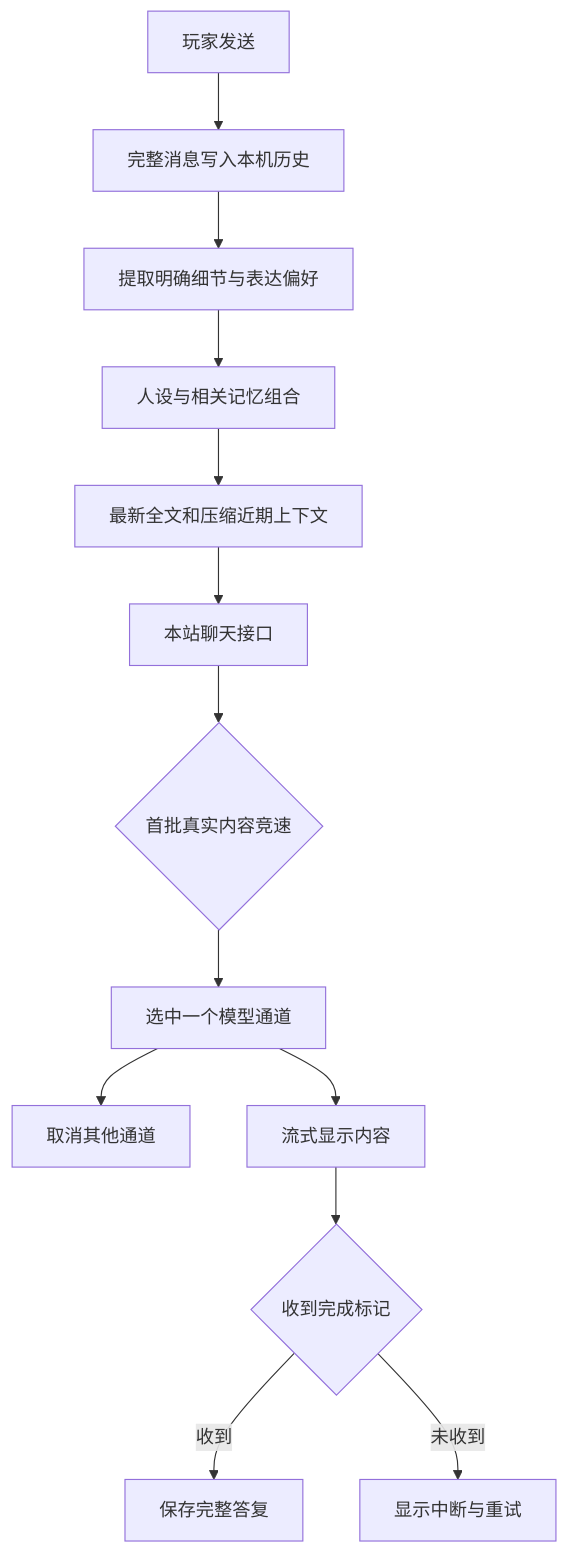
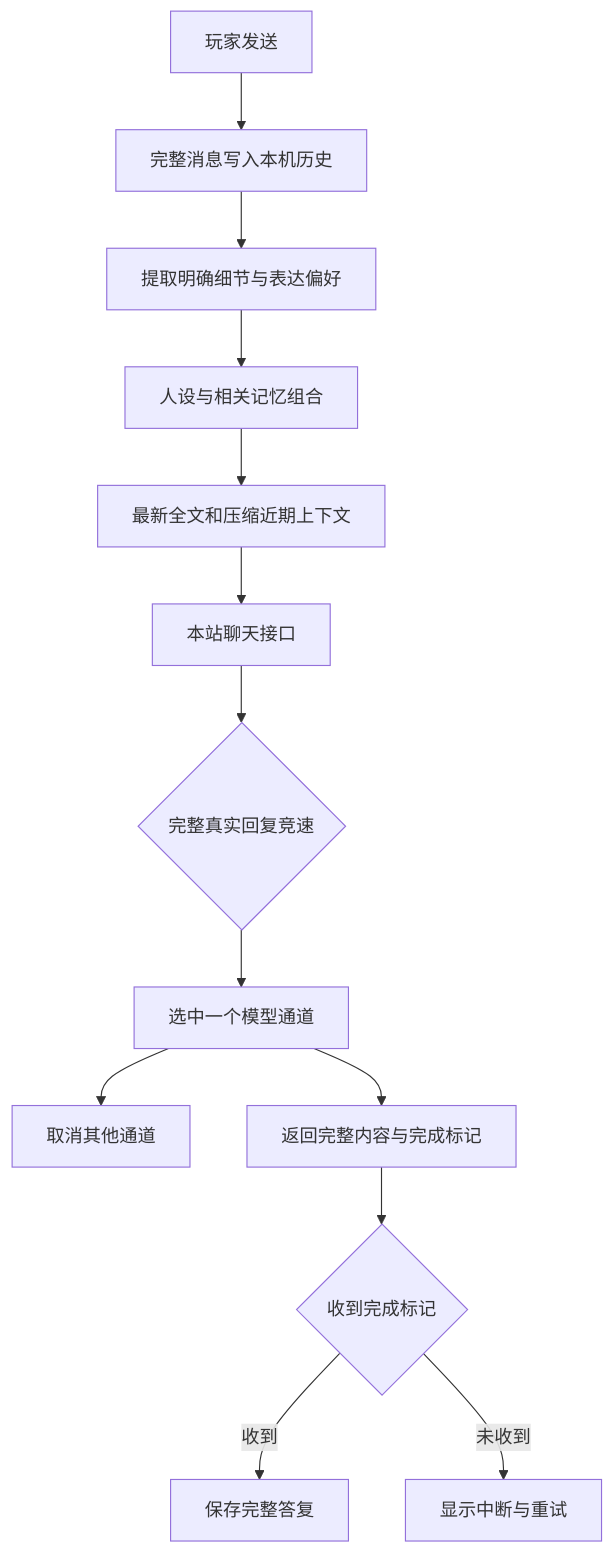
One commit to slq520168-creator/liaotian123 changed the diagram in docs/architecture.md. Above: the diagram before and after it, drawn with Mermaid. The commit also changed other lines of this file and 16 other files, not shown here.

````diff
--- a/docs/architecture.md
+++ b/docs/architecture.md
@@ -23,15 +23,15 @@
 ```mermaid
 flowchart TD
   A[玩家发送] --> B[完整消息写入本机历史]
   B --> C[提取明确细节与表达偏好]
   C --> D[人设与相关记忆组合]
   D --> E[最新全文和压缩近期上下文]
   E --> F[本站聊天接口]
-  F --> G{首批真实内容竞速}
+  F --> G{完整真实回复竞速}
   G --> H[选中一个模型通道]
   H --> I[取消其他通道]
-  H --> J[流式显示内容]
+  H --> J[返回完整内容与完成标记]
   J --> K{收到完成标记}
   K -->|收到| L[保存完整答复]
   K -->|未收到| M[显示中断与重试]
 ```
````
